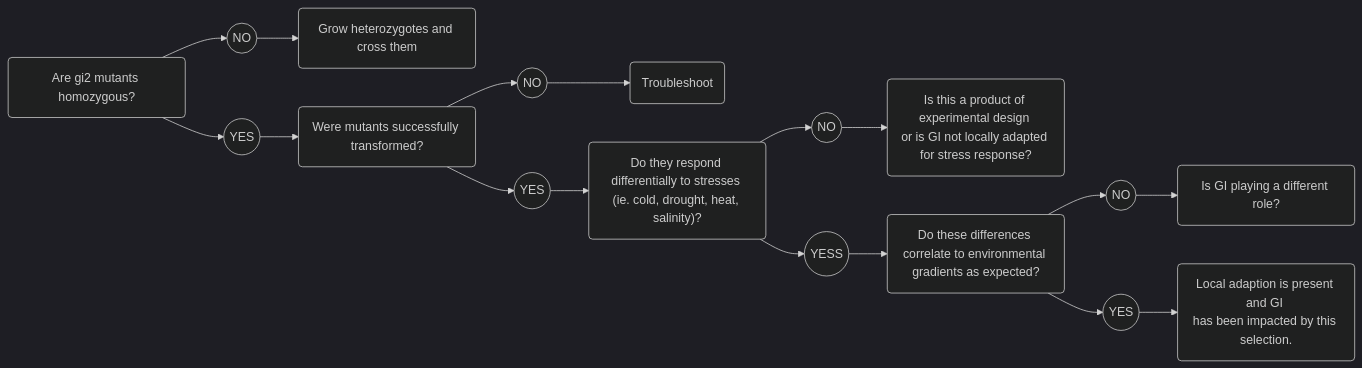
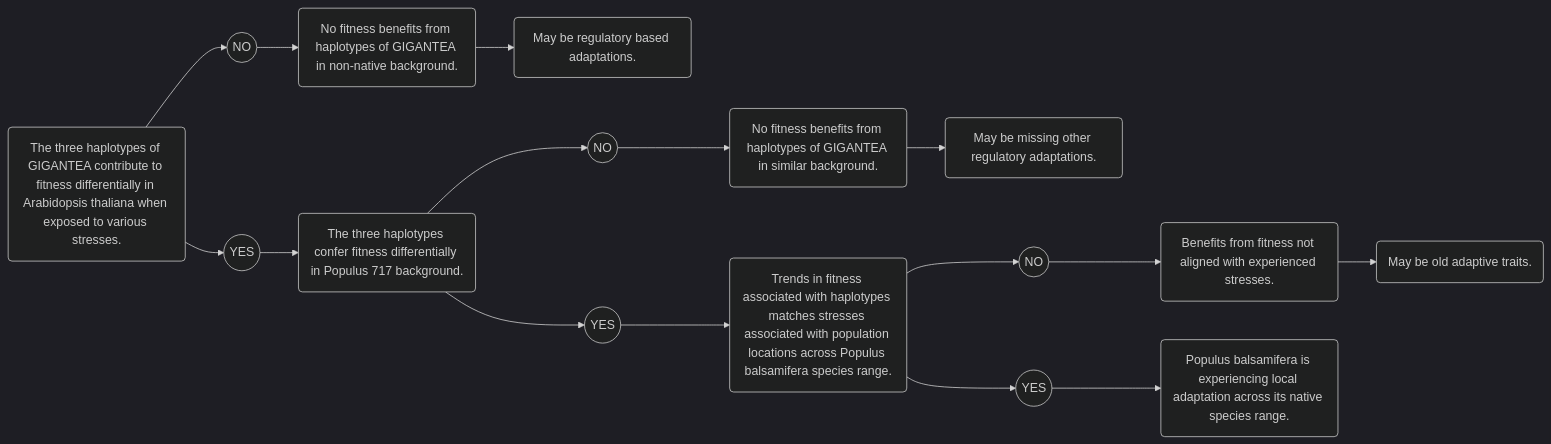
Before and after one commit to ethanthibault/BIO381: the second of 2 diagrams in Typora_Diagrams.md, drawn with Mermaid (dark theme). The commit also changed other lines of this file, not shown here.

Commit message:
Changed typora diagrams

````diff
--- a/Typora_Diagrams.md
+++ b/Typora_Diagrams.md
@@ -13,20 +27,18 @@
 ```mermaid
 graph LR
-	A(Are gi2 mutants homozygous?)--> B((NO))
-	B --> C(Grow heterozygotes and cross them)
+	A(The three haplotypes of GIGANTEA contribute to fitness differentially in Arabidopsis thaliana when exposed to various stresses.)--> B((NO))
+	B--> C(No fitness benefits from haplotypes of GIGANTEA in non-native background.)
+	C--> R(May be regulatory based adaptations.)
 	A --> D((YES))
-	D--> E(Were mutants successfully transformed?)
+	D--> E(The three haplotypes confer fitness differentially in Populus 717 background.)
 	E--> F((NO))
-	F--> G(Troubleshoot)
+	F--> G(No fitness benefits from haplotypes of GIGANTEA in similar background.)
+	G--> S(May be missing other regulatory adaptations.)
 	E--> H((YES))
-	H--> I("Do they respond differentially to stresses <br/>(ie. cold, drought, heat, salinity)?")
+	H--> I(Trends in fitness associated with haplotypes matches stresses associated with population locations across Populus balsamifera species range.)
 	I--> J((NO))
-	J--> K(Is this a product of experimental design <br/>or is GI not locally adapted for stress response?)
-	I--> L((YESS))
-	L--> M(Do these differences correlate to environmental gradients as expected?)
-	M--> N((NO))
-	N--> O(Is GI playing a different role?)
-	M--> P((YES))
-	P--> Q(Local adaption is present and GI <br/>has been impacted by this selection.)
-
+	J--> K(Benefits from fitness not aligned with experienced stresses.)
+	K--> T(May be old adaptive traits.)
+	I--> L((YES))
+	L--> M(Populus balsamifera is experiencing local adaptation across its native species range.)
 ```
````
